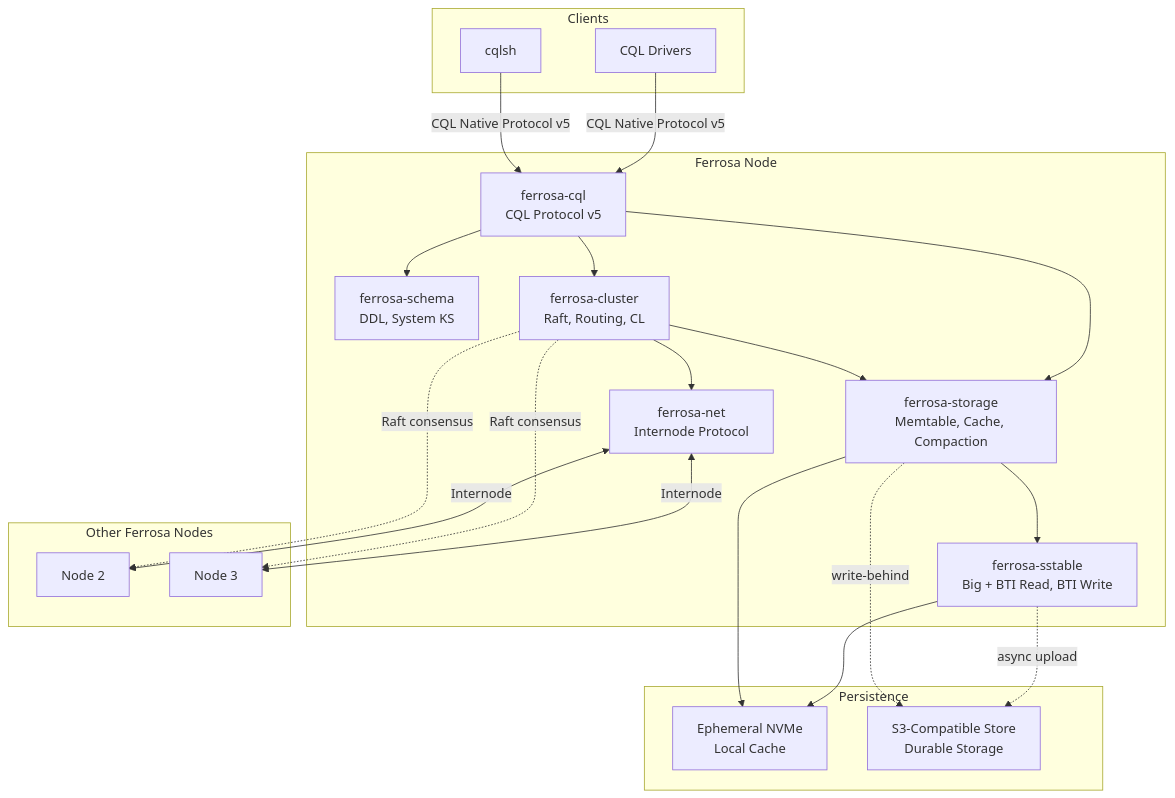
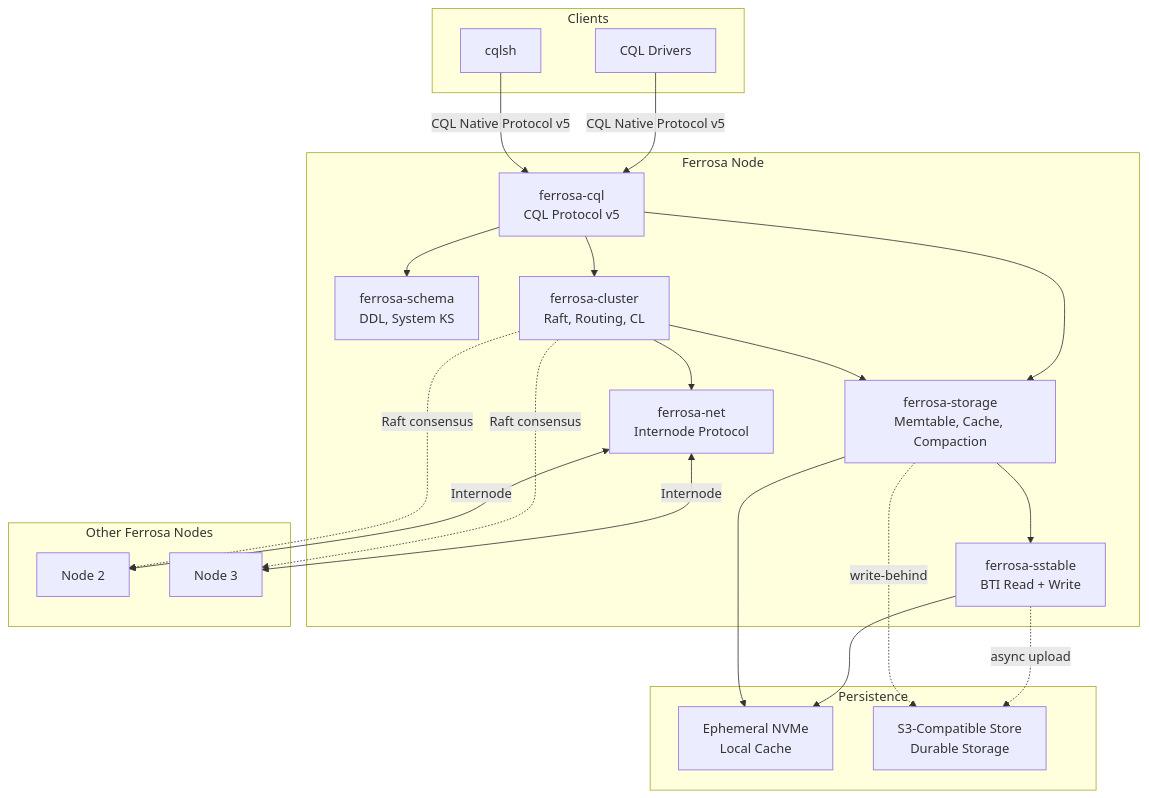
The first of 2 diagrams in specs/overview.md (ferrosadb/ferrosa), drawn with Mermaid before and after one commit. The commit also changed other lines of this file and 4 other files, not shown here.

First line of the commit message:
docs(sstable): add formal BTI SSTable format specification

````diff
--- a/specs/overview.md
+++ b/specs/overview.md
@@ -12,40 +12,40 @@
 ```mermaid
 graph TB
     subgraph Clients
         D1[CQL Drivers]
         D2[cqlsh]
     end
 
     subgraph "Ferrosa Node"
         CQL[ferrosa-cql<br/>CQL Protocol v5]
         Schema[ferrosa-schema<br/>DDL, System KS]
         Cluster[ferrosa-cluster<br/>Raft, Routing, CL]
         Storage[ferrosa-storage<br/>Memtable, Cache, Compaction]
-        SST[ferrosa-sstable<br/>Big + BTI Read, BTI Write]
+        SST[ferrosa-sstable<br/>BTI Read + Write]
         Net[ferrosa-net<br/>Internode Protocol]
     end
 
     subgraph "Persistence"
         NVMe[Ephemeral NVMe<br/>Local Cache]
         S3[S3-Compatible Store<br/>Durable Storage]
     end
 
     subgraph "Other Ferrosa Nodes"
         N2[Node 2]
         N3[Node 3]
     end
 
     D1 & D2 -->|CQL Native Protocol v5| CQL
     CQL --> Schema
     CQL --> Storage
     CQL --> Cluster
     Cluster --> Storage
     Cluster --> Net
     Storage --> SST
     SST --> NVMe
     SST -.->|async upload| S3
     Storage --> NVMe
     Storage -.->|write-behind| S3
     Net <-->|Internode| N2 & N3
     Cluster -.->|Raft consensus| N2 & N3
 ```
````
